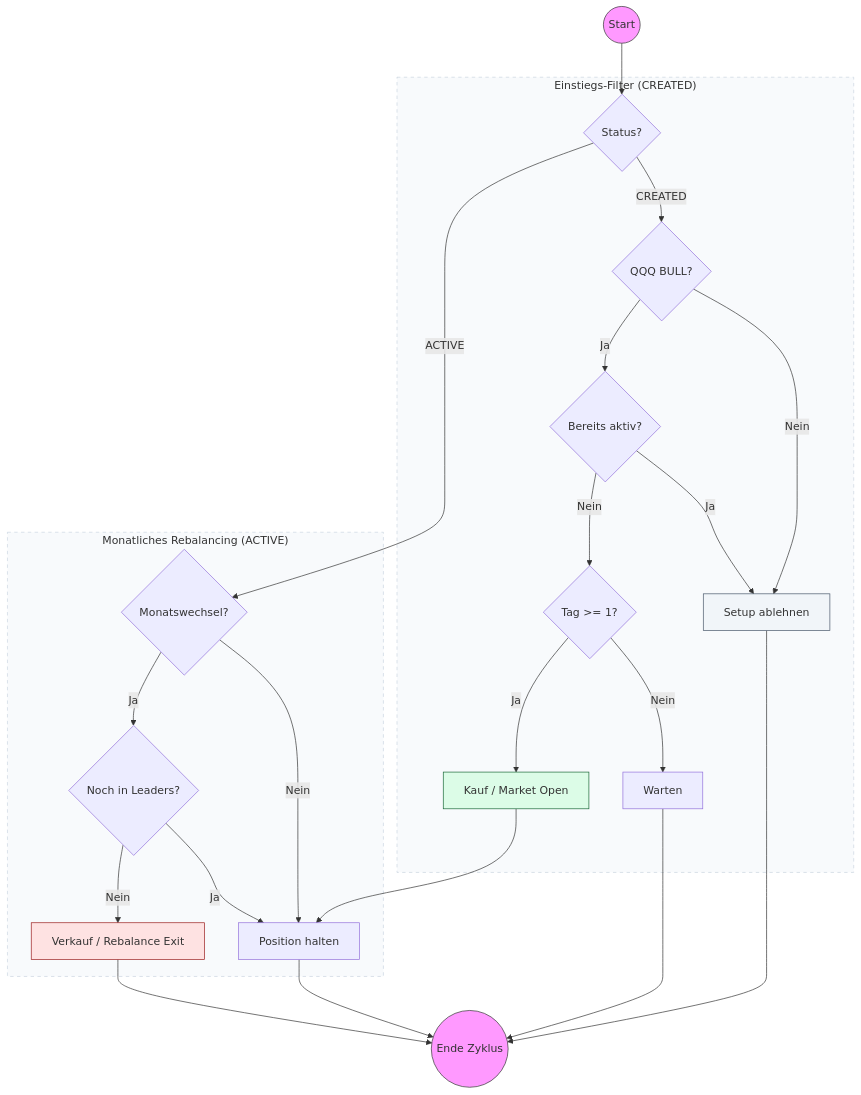
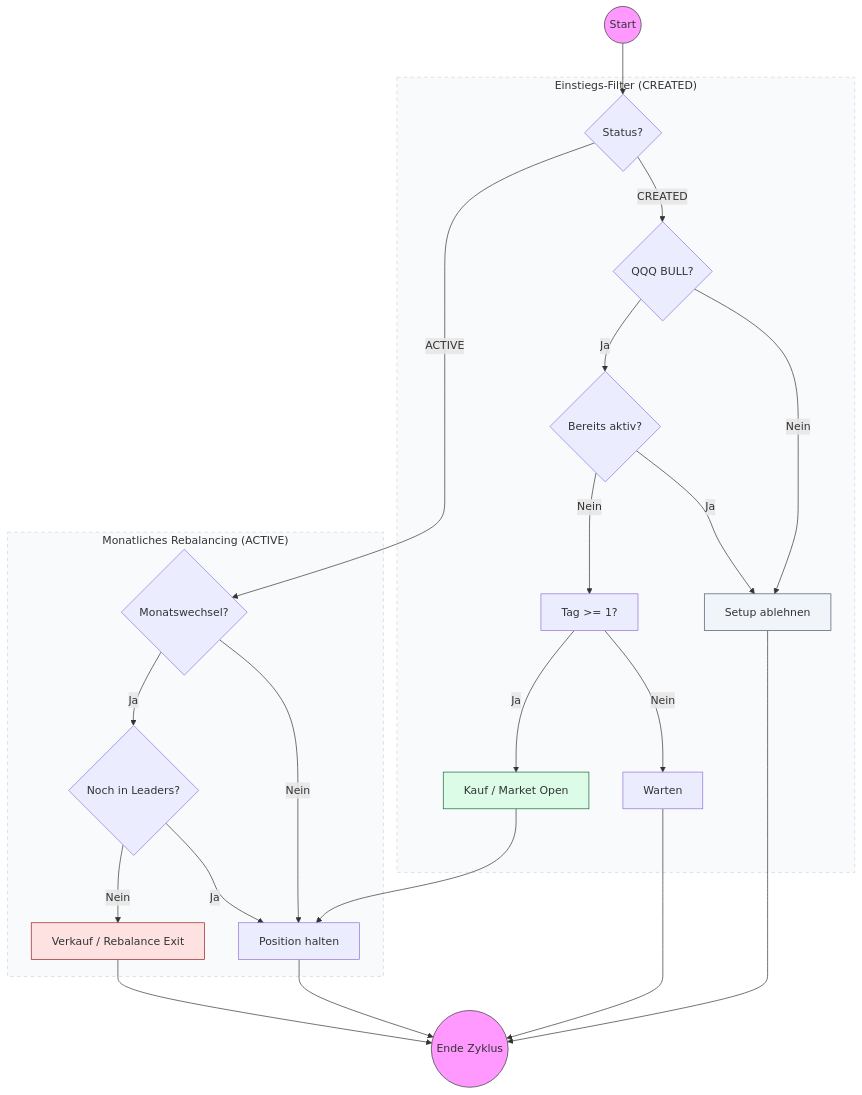
The diagram in .agents/skills/strategy-screener/playbook/ndx_momentum.md (fxhuhn/croc-trader), drawn with Mermaid before and after one commit. The commit also changed 15 other files, not shown here.

````diff
--- a/.agents/skills/strategy-screener/playbook/ndx_momentum.md
+++ b/.agents/skills/strategy-screener/playbook/ndx_momentum.md
@@ -28,41 +28,41 @@
 ```mermaid
 graph TD
     Start((Start)) --> Status{Status?}
 
     subgraph Setup ["Einstiegs-Filter (CREATED)"]
     Status -- CREATED --> RegimeCheck{QQQ BULL?}
     RegimeCheck -- Nein --> Reject[Setup ablehnen]
     RegimeCheck -- Ja --> DupCheck{Bereits aktiv?}
     DupCheck -- Ja --> Reject
-    DupCheck -- Nein --> TimeWait{Tag >= 1?}
+    DupCheck -- Nein --> TimeWait["Tag >= 1?"]
     TimeWait -- Nein --> Wait[Warten]
     TimeWait -- Ja --> Buy[Kauf / Market Open]
     end
 
     subgraph Rebalance ["Monatliches Rebalancing (ACTIVE)"]
     Status -- ACTIVE --> MonthCheck{Monatswechsel?}
     MonthCheck -- Nein --> Hold[Position halten]
 
     MonthCheck -- Ja --> LeaderCheck{Noch in Leaders?}
     LeaderCheck -- Ja --> Hold
     LeaderCheck -- Nein --> Exit[Verkauf / Rebalance Exit]
     end
 
     %% Logische Verbindungen
     Buy --> Hold
 
     %% Zusammenführung der Endzustände
     Hold --> Finish((Ende Zyklus))
     Exit --> Finish
     Reject --> Finish
     Wait --> Finish
 
     %% Styling
     style Start fill:#f9f,stroke:#333
     style Finish fill:#f9f,stroke:#333
     style Buy fill:#dcfce7,stroke:#166534
     style Exit fill:#fee2e2,stroke:#991b1b
     style Reject fill:#f1f5f9,stroke:#475569
     style Setup fill:#f8fafc,stroke:#cbd5e1,stroke-dasharray: 5 5
     style Rebalance fill:#f8fafc,stroke:#cbd5e1,stroke-dasharray: 5 5
 ```
````
